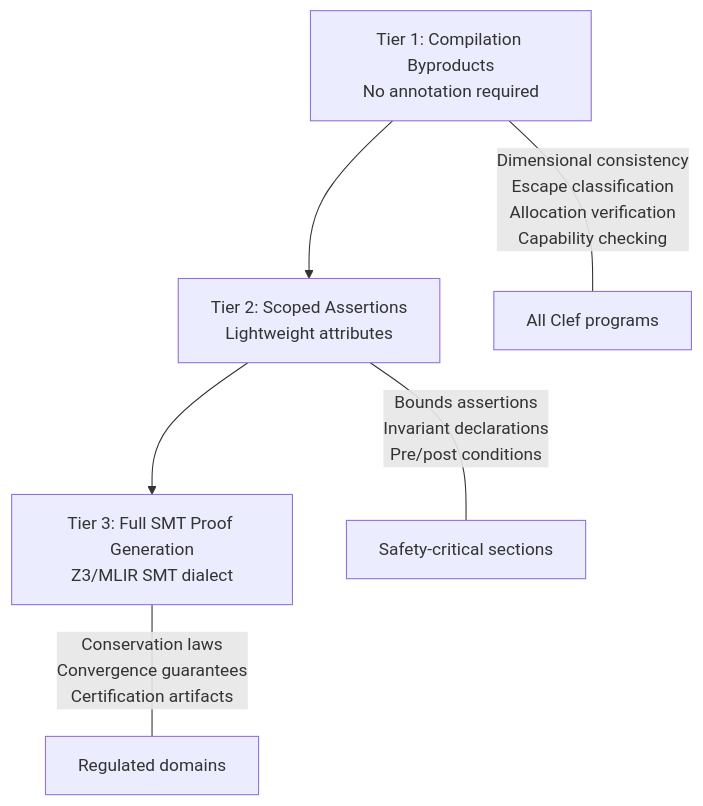
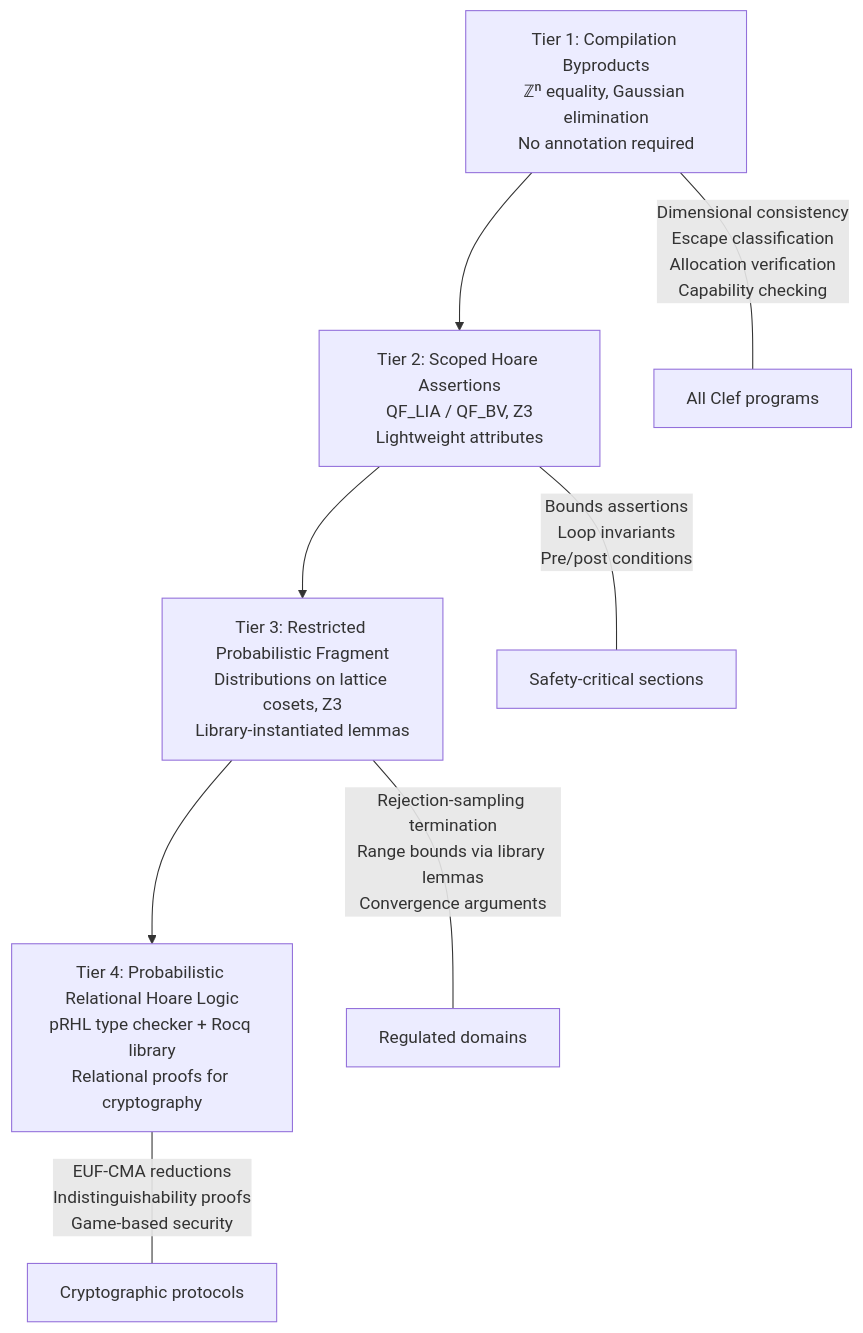
One commit to FidelityFramework/clef-lang-site changed the diagram in hugo/content/docs/design/categorical-foundations/formal-verification-compilation-byproduct.md. Above: the diagram before and after it, drawn with Mermaid. The commit also changed other lines of this file and 7 other files, not shown here.

````diff
--- a/hugo/content/docs/design/categorical-foundations/formal-verification-compilation-byproduct.md
+++ b/hugo/content/docs/design/categorical-foundations/formal-verification-compilation-byproduct.md
@@ -43,9 +43,11 @@
 ```mermaid
 graph TD
-    T1["Tier 1: Compilation Byproducts<br>No annotation required"] --> T2["Tier 2: Scoped Assertions<br>Lightweight attributes"]
-    T2 --> T3["Tier 3: Full SMT Proof Generation<br>Z3/MLIR SMT dialect"]
-    
+    T1["Tier 1: Compilation Byproducts<br>ℤⁿ equality, Gaussian elimination<br>No annotation required"] --> T2["Tier 2: Scoped Hoare Assertions<br>QF_LIA / QF_BV, Z3<br>Lightweight attributes"]
+    T2 --> T3["Tier 3: Restricted Probabilistic Fragment<br>Distributions on lattice cosets, Z3<br>Library-instantiated lemmas"]
+    T3 --> T4["Tier 4: Probabilistic Relational Hoare Logic<br>pRHL type checker + Rocq library<br>Relational proofs for cryptography"]
+
     T1 ---|"Dimensional consistency<br>Escape classification<br>Allocation verification<br>Capability checking"| P1[All Clef programs]
-    T2 ---|"Bounds assertions<br>Invariant declarations<br>Pre/post conditions"| P2[Safety-critical sections]
-    T3 ---|"Conservation laws<br>Convergence guarantees<br>Certification artifacts"| P3[Regulated domains]
+    T2 ---|"Bounds assertions<br>Loop invariants<br>Pre/post conditions"| P2[Safety-critical sections]
+    T3 ---|"Rejection-sampling termination<br>Range bounds via library lemmas<br>Convergence arguments"| P3[Regulated domains]
+    T4 ---|"EUF-CMA reductions<br>Indistinguishability proofs<br>Game-based security"| P4[Cryptographic protocols]
 ```
````
